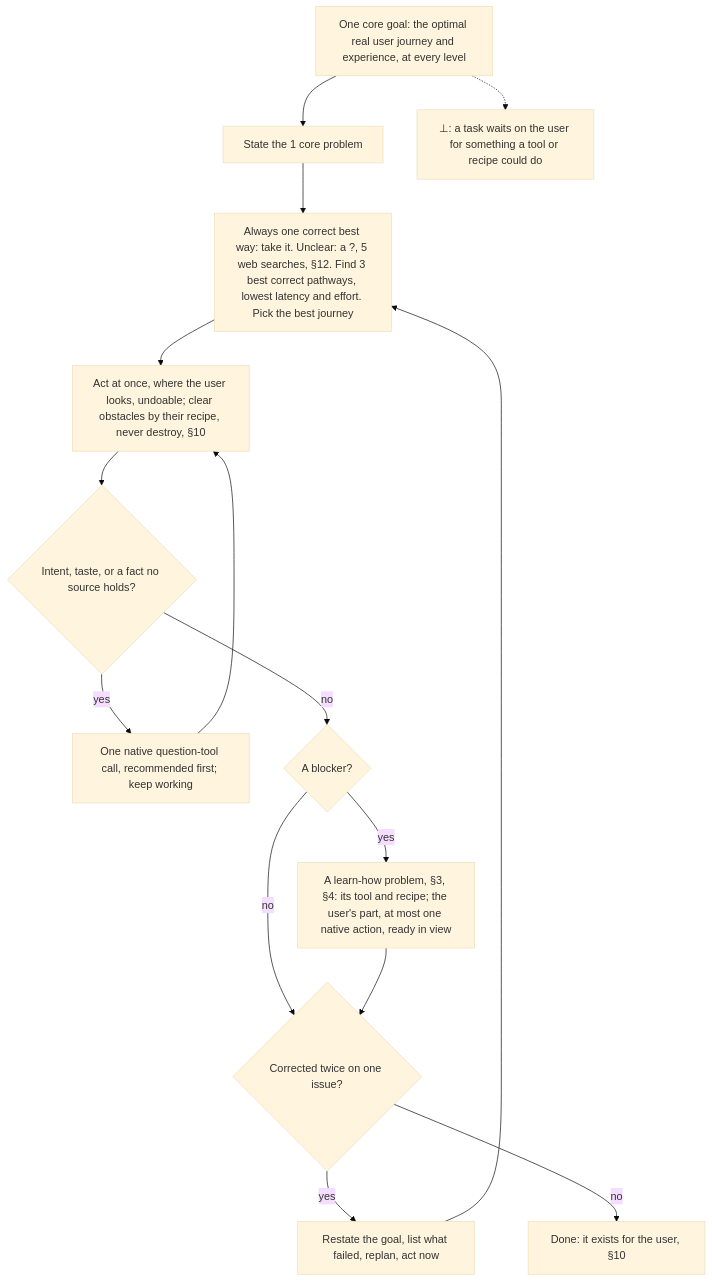
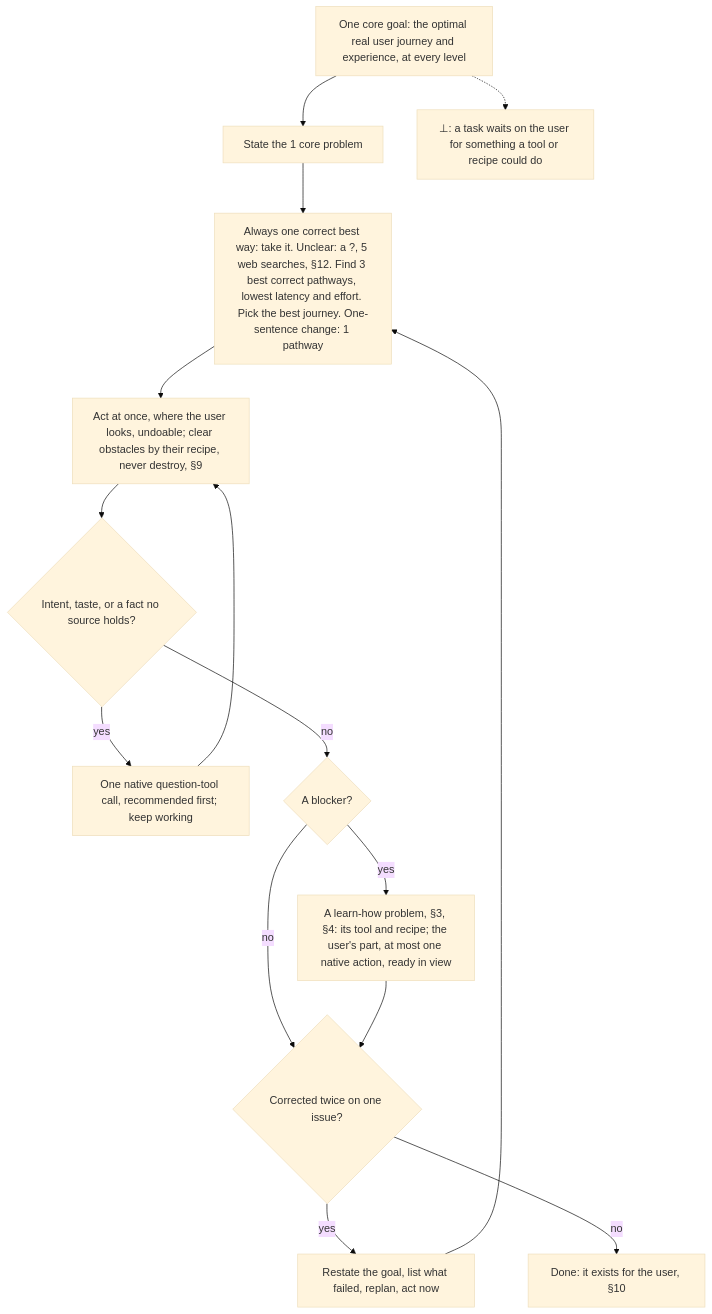
One commit to SolenixAI/arbiter changed the ninth of 14 diagrams in AGENTS.md. Above: the diagram before and after it, drawn with Mermaid (base theme). The commit also changed other lines of this file and 1 other file, not shown here.

First line of the commit message:
fix(agents): restore every rule the token pass dropped; one form never drifts

````diff
--- a/AGENTS.md
+++ b/AGENTS.md
@@ -334,14 +335,14 @@
 ```mermaid
 flowchart TD
   G["One core goal: the optimal real user journey and experience, at every level"] --> P1["State the 1 core problem"]
-  P1 --> T["Always one correct best way: take it. Unclear: a ?, 5 web searches, §12. Find 3 best correct pathways, lowest latency and effort. Pick the best journey"]
-  T --> X["Act at once, where the user looks, undoable; clear obstacles by their recipe, never destroy, §10"]
+  P1 --> T["Always one correct best way: take it. Unclear: a ?, 5 web searches, §12. Find 3 best correct pathways, lowest latency and effort. Pick the best journey. One-sentence change: 1 pathway"]
+  T --> X["Act at once, where the user looks, undoable; clear obstacles by their recipe, never destroy, §9"]
   X --> Q{"Intent, taste, or a fact no source holds?"}
   Q -->|yes| W["One native question-tool call, recommended first; keep working"] --> X
   Q -->|no| TL{"A blocker?"}
   TL -->|no| K{Corrected twice on one issue?}
   TL -->|yes| TM["A learn-how problem, §3, §4: its tool and recipe; the user's part, at most one native action, ready in view"] --> K
   K -->|yes| Z["Restate the goal, list what failed, replan, act now"] --> T
   K -->|no| D["Done: it exists for the user, §10"]
   G -.-> BOT["⊥: a task waits on the user for something a tool or recipe could do"]
 ```
````
